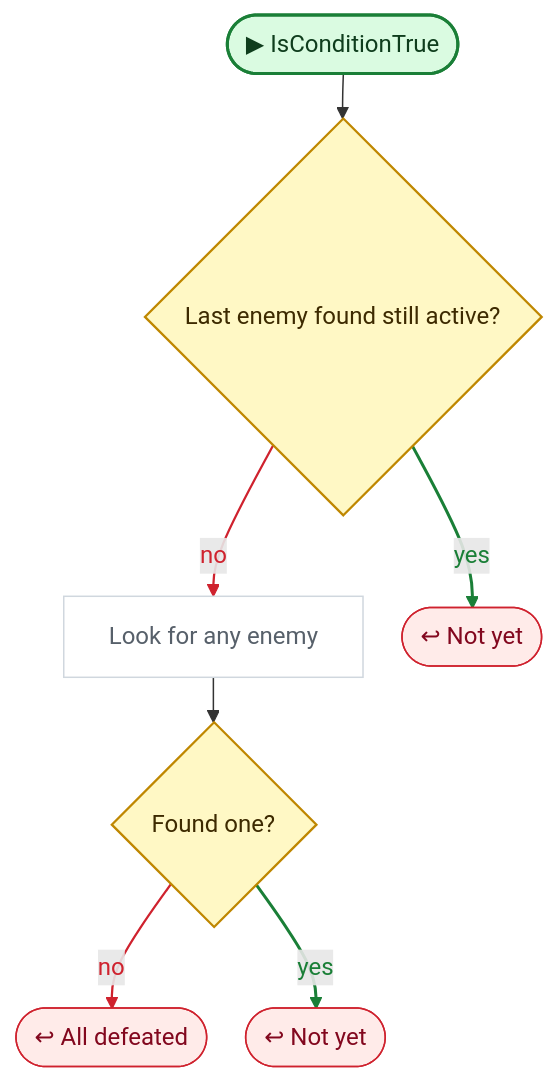
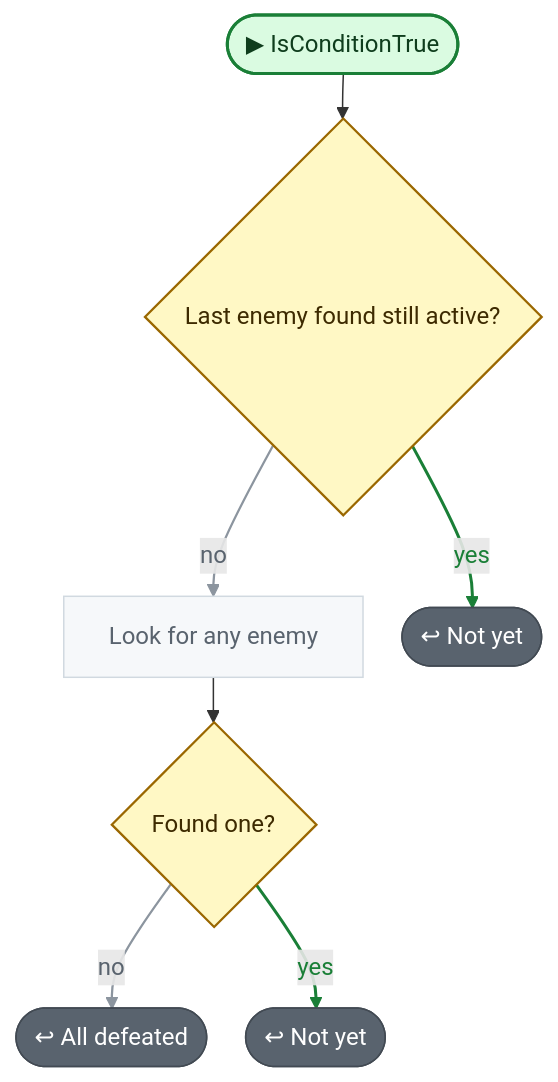
The third of 3 diagrams in CodeGraph~/graph/Map/EventAllEnemiesDefeated.cs.md (nataiai/Lord-of-the-Dungeon), drawn with Mermaid before and after one commit. The commit also changed other lines of this file and 57 other files, not shown here.

````diff
--- a/CodeGraph~/graph/Map/EventAllEnemiesDefeated.cs.md
+++ b/CodeGraph~/graph/Map/EventAllEnemiesDefeated.cs.md
@@ -108,45 +110,45 @@
 ```mermaid
 ---
 config:
   flowchart:
     wrappingWidth: 260
     nodeSpacing: 26
     rankSpacing: 30
 ---
 flowchart TD
   nS(["▶ IsConditionTrue"])
   n90e5b4{"Last enemy found still active?"}
   n0f15f8["Look for any enemy"]
   na7e2f6{"Found one?"}
   n1902d3(["↩ Not yet"])
   n6a19b2(["↩ Not yet"])
   nb1e3d6(["↩ All defeated"])
   nS --> n90e5b4
   n90e5b4 -->|no| n0f15f8
   n90e5b4 -->|yes| n1902d3
   n0f15f8 --> na7e2f6
   na7e2f6 -->|no| nb1e3d6
   na7e2f6 -->|yes| n6a19b2
-  linkStyle 1 stroke:#cf222e,stroke-width:1.5px,color:#cf222e
+  linkStyle 1 stroke:#8c959f,stroke-width:1.5px,color:#59636e
   linkStyle 2 stroke:#1a7f37,stroke-width:2px,color:#1a7f37
-  linkStyle 4 stroke:#cf222e,stroke-width:1.5px,color:#cf222e
+  linkStyle 4 stroke:#8c959f,stroke-width:1.5px,color:#59636e
   linkStyle 5 stroke:#1a7f37,stroke-width:2px,color:#1a7f37
   classDef unity fill:#dafbe1,stroke:#1a7f37,stroke-width:2px,color:#0f3d1d
   classDef start fill:#dafbe1,stroke:#1a7f37,stroke-width:2px,color:#0f3d1d
-  classDef calc fill:#ffffff,stroke:#d0d7de,color:#57606a
+  classDef calc fill:#f6f8fa,stroke:#d1d9e0,color:#59636e
   classDef calls fill:#ddf4ff,stroke:#0969da,stroke-width:2px,color:#0a3069
-  classDef ext fill:#ddf4ff,stroke:#0969da,stroke-width:2px,stroke-dasharray:5 3,color:#0a3069
-  classDef cond fill:#fff8c5,stroke:#bf8700,stroke-width:1.5px,color:#3d2a00
-  classDef loop fill:#f6f8fa,stroke:#57606a,color:#1f2328
-  classDef exit fill:#ffebe9,stroke:#cf222e,color:#82071e
+  classDef ext fill:#f6f8fa,stroke:#59636e,stroke-width:1.5px,stroke-dasharray:5 5,color:#1f2328
+  classDef cond fill:#fff8c5,stroke:#9a6700,stroke-width:1.5px,color:#3d2a00
+  classDef loop fill:#fff8c5,stroke:#9a6700,color:#3d2a00
+  classDef wait fill:#fff8c5,stroke:#9a6700,color:#3d2a00
+  classDef exit fill:#59636e,stroke:#424a53,color:#ffffff
+  classDef fin fill:#59636e,stroke:#424a53,color:#ffffff
+  classDef act fill:#ffffff,stroke:#59636e,stroke-width:1.5px,color:#1f2328
   classDef kill fill:#ffebe9,stroke:#cf222e,stroke-width:2px,color:#82071e
-  classDef spawn fill:#dafbe1,stroke:#1a7f37,stroke-width:2px,color:#0f3d1d
-  classDef wait fill:#fff1e5,stroke:#bc4c00,color:#4d1d00
-  classDef fin fill:#eaeef2,stroke:#8c959f,color:#57606a
   classDef join fill:#d0d7de,stroke:#8c959f,color:#57606a
   classDef ghdr fill:#f5f9ff,stroke:#f5f9ff,color:#0a3069,font-weight:bold
   class n0f15f8 calc
   class n90e5b4,na7e2f6 cond
   class n1902d3,n6a19b2,nb1e3d6 exit
   class nS start
 ```
````
